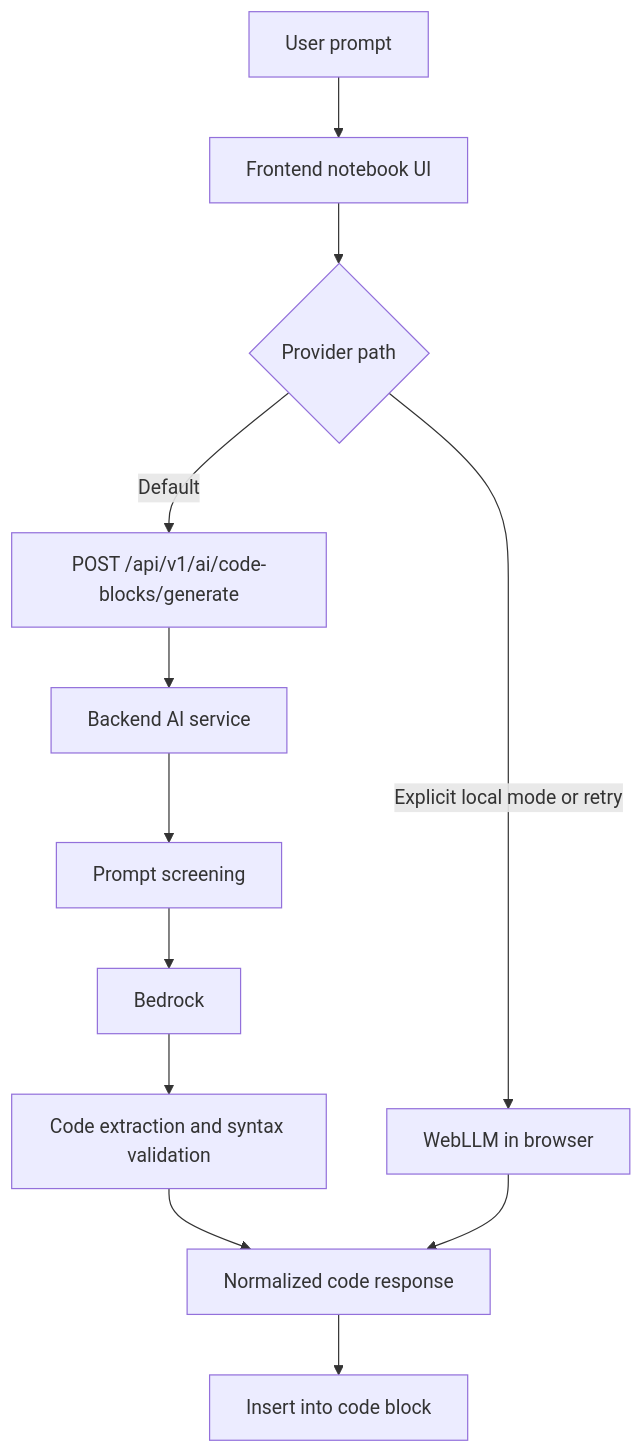
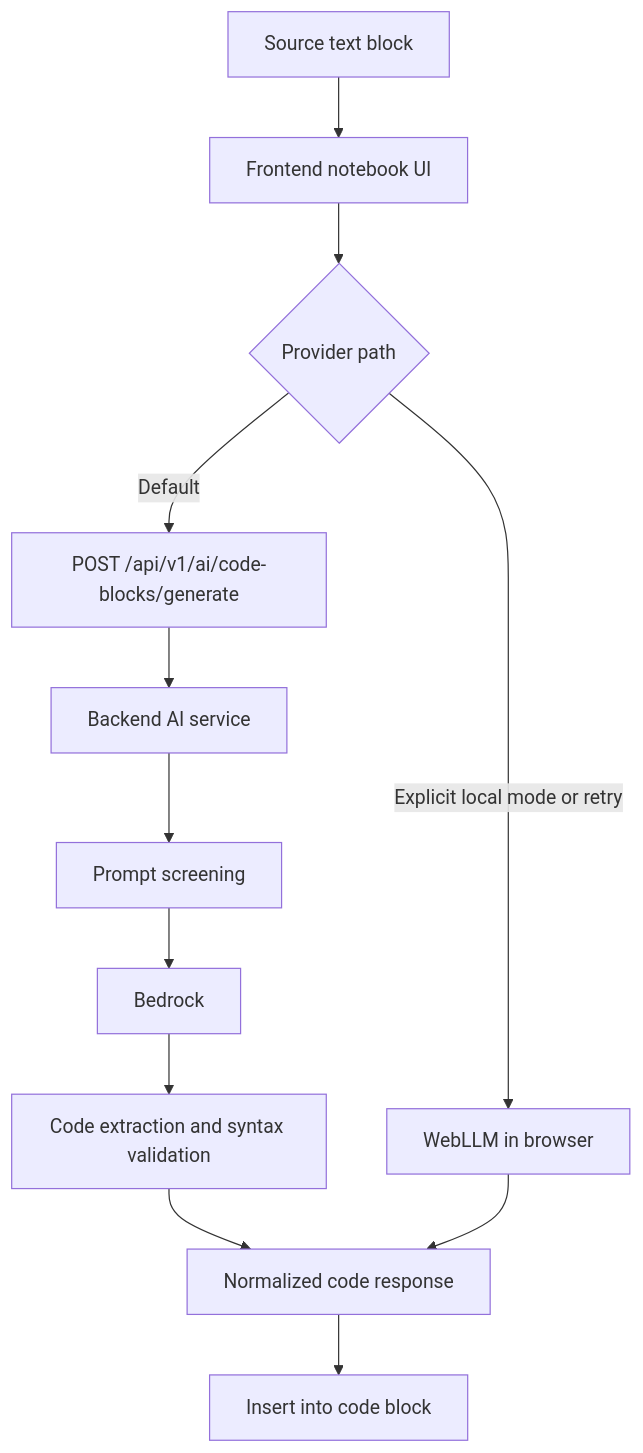
The diagram in docs/ai-architecture.md (larchanka-training/dmc-1-t3-notebook-mono), drawn with Mermaid before and after one commit. The commit also changed other lines of this file and 5 other files, not shown here.

Commit message:
docs: update AI architecture documents

````diff
--- a/docs/ai-architecture.md
+++ b/docs/ai-architecture.md
@@ -80,14 +94,14 @@
 ```mermaid
 flowchart TD
-    U["User prompt"] --> F["Frontend notebook UI"]
+    U["Source text block"] --> F["Frontend notebook UI"]
     F --> P{"Provider path"}
     P -->|"Default"| API["POST /api/v1/ai/code-blocks/generate"]
     API --> B["Backend AI service"]
     B --> S["Prompt screening"]
     S --> M["Bedrock"]
     M --> E["Code extraction and syntax validation"]
     E --> R["Normalized code response"]
     P -->|"Explicit local mode or retry"| W["WebLLM in browser"]
     W --> R
     R --> I["Insert into code block"]
 ```
````
